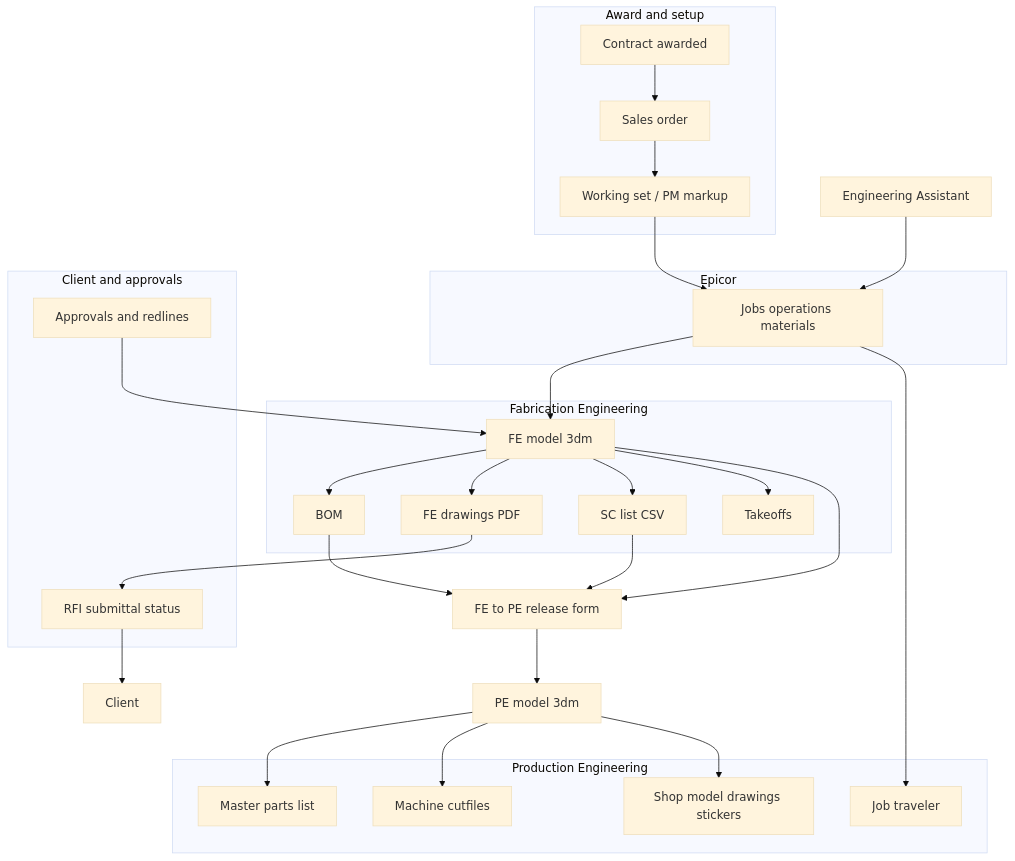
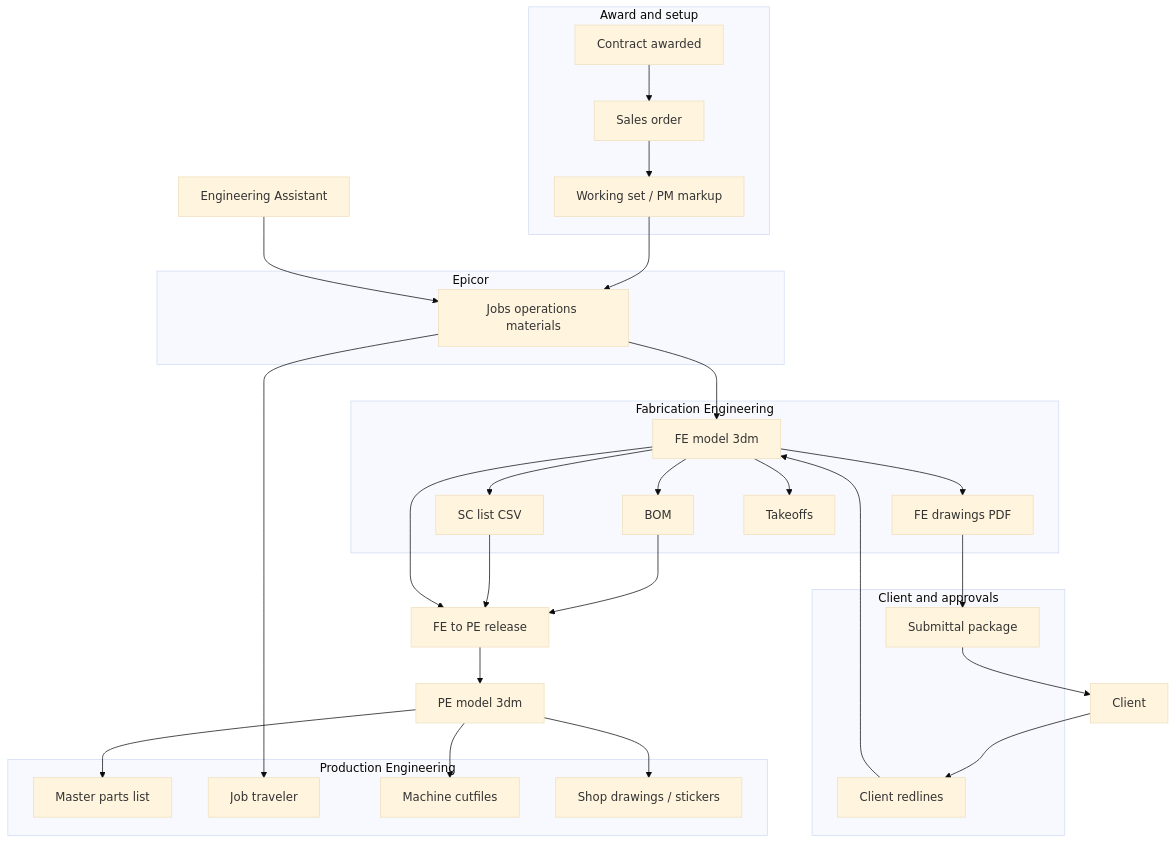
The first of 4 diagrams in onboarding/project-delivery.md (cwka-engineering/cwka-engineering.github.io), drawn with Mermaid (base theme) before and after one commit. The commit also changed other lines of this file, not shown here.

First line of the commit message:
Update pre-existing Mermaid diagrams in project-delivery

````diff
--- a/onboarding/project-delivery.md
+++ b/onboarding/project-delivery.md
@@ -20,50 +20,51 @@
 ```mermaid
 flowchart TB
   subgraph award [Award and setup]
     CA[Contract awarded]
     SO[Sales order]
     WS[Working set / PM markup]
   end
   CA --> SO
   SO --> WS
   subgraph epicorSys [Epicor]
     EJ[Jobs operations materials]
   end
   WS --> EJ
   EA[Engineering Assistant]
   EA --> EJ
   subgraph fe [Fabrication Engineering]
     FEM[FE model 3dm]
     FED[FE drawings PDF]
     BOM[BOM]
     SC[SC list CSV]
     TO[Takeoffs]
   end
   EJ --> FEM
   FEM --> BOM
   FEM --> FED
   FEM --> SC
   FEM --> TO
   subgraph clientLoop [Client and approvals]
-    RFI[RFI submittal status]
-    AR[Approvals and redlines]
+    SUB[Submittal package]
+    AR[Client redlines]
   end
-  FED --> RFI
-  RFI --> CLIENT[Client]
+  FED --> SUB
+  SUB --> CLIENT[Client]
+  CLIENT --> AR
   AR --> FEM
-  FEPE[FE to PE release form]
+  FEPE[FE to PE release]
   BOM --> FEPE
   SC --> FEPE
   FEM --> FEPE
   FEPE --> PEM[PE model 3dm]
   subgraph pe [Production Engineering]
     MPL[Master parts list]
     JT[Job traveler]
     CF[Machine cutfiles]
-    SHOP[Shop model drawings stickers]
+    SHOP[Shop drawings / stickers]
   end
   PEM --> MPL
   PEM --> CF
   PEM --> SHOP
   EJ --> JT
 ```
````
